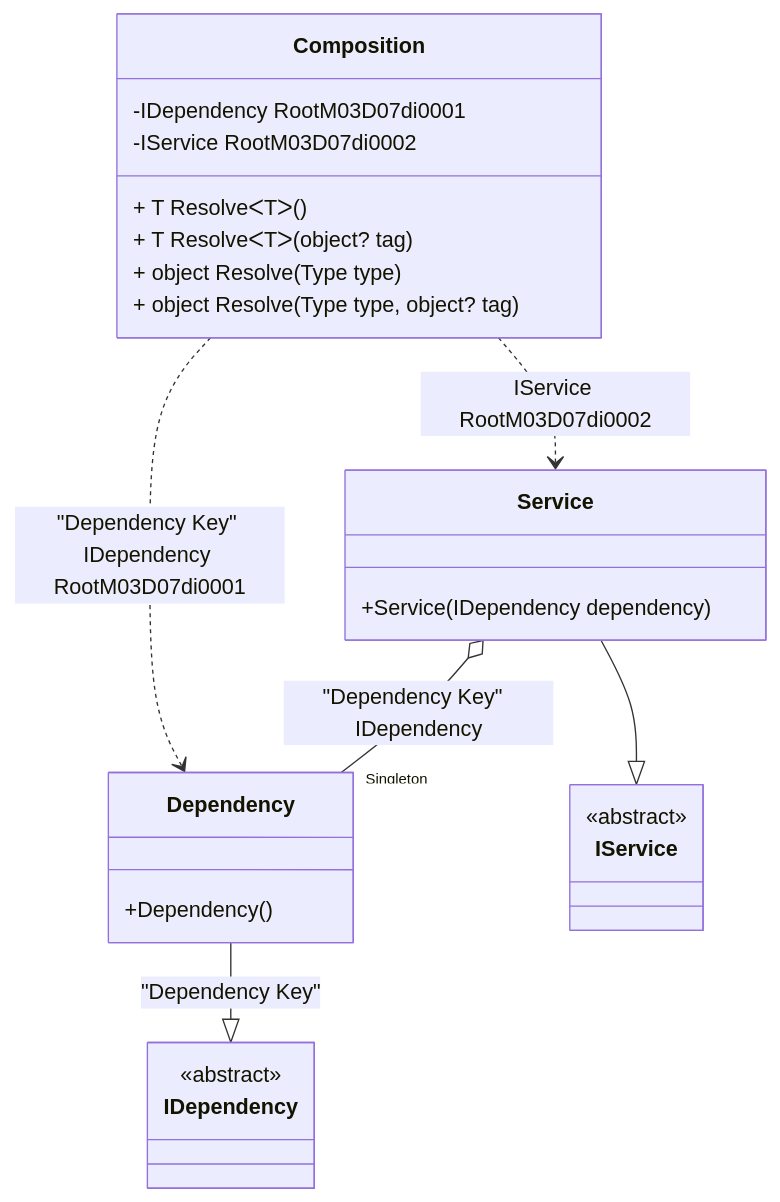
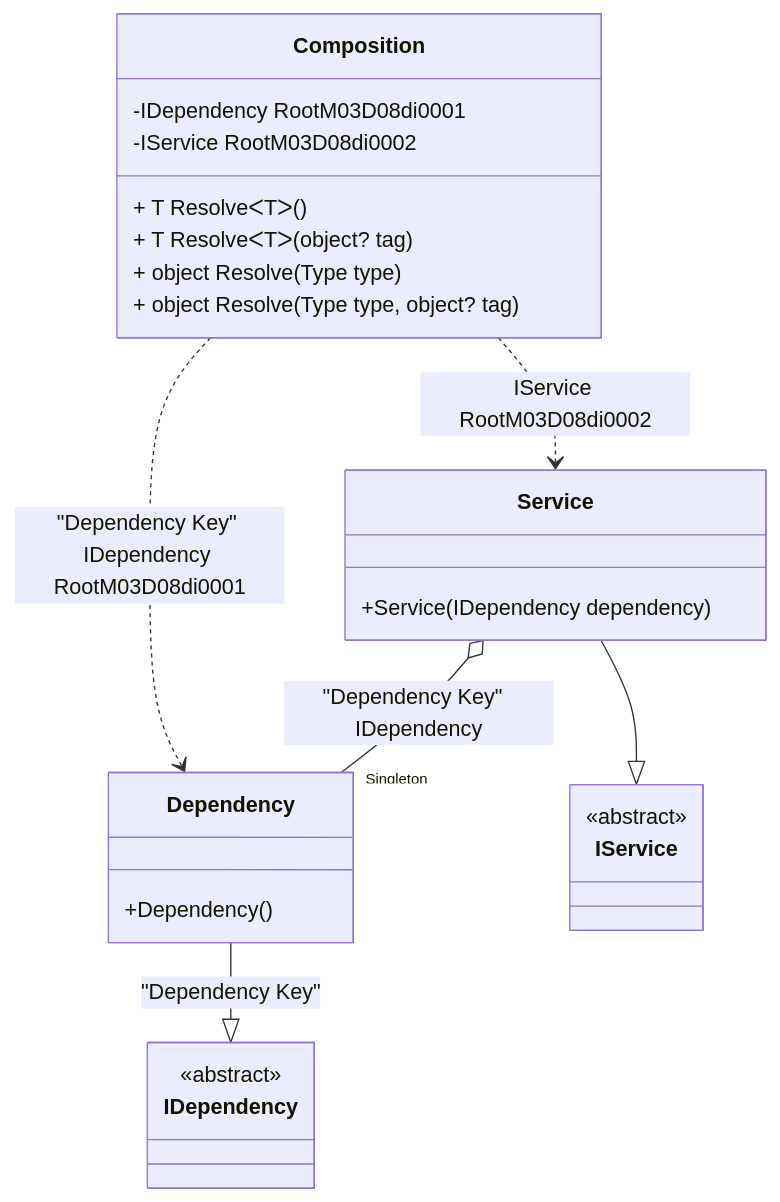
The diagram in readme/service-collection.md (DevTeam/Pure.DI), drawn with Mermaid before and after one commit. The commit also changed other lines of this file and 71 other files, not shown here.

````diff
--- a/readme/service-collection.md
+++ b/readme/service-collection.md
@@ -47,28 +47,28 @@
 ```mermaid
 classDiagram
   class Composition {
-    -IDependency RootM03D07di0001
-    -IService RootM03D07di0002
+    -IDependency RootM03D08di0001
+    -IService RootM03D08di0002
     + T ResolveᐸTᐳ()
     + T ResolveᐸTᐳ(object? tag)
     + object Resolve(Type type)
     + object Resolve(Type type, object? tag)
   }
   Dependency --|> IDependency : "Dependency Key" 
   class Dependency {
     +Dependency()
   }
   Service --|> IService : 
   class Service {
     +Service(IDependency dependency)
   }
   class IDependency {
     <<abstract>>
   }
   class IService {
     <<abstract>>
   }
   Service o--  "Singleton" Dependency : "Dependency Key"  IDependency
-  Composition ..> Dependency : "Dependency Key" IDependency RootM03D07di0001
-  Composition ..> Service : IService RootM03D07di0002
+  Composition ..> Dependency : "Dependency Key" IDependency RootM03D08di0001
+  Composition ..> Service : IService RootM03D08di0002
 ```
````
